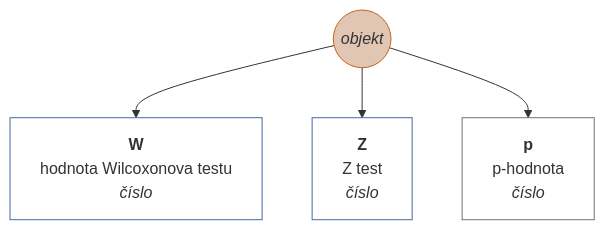
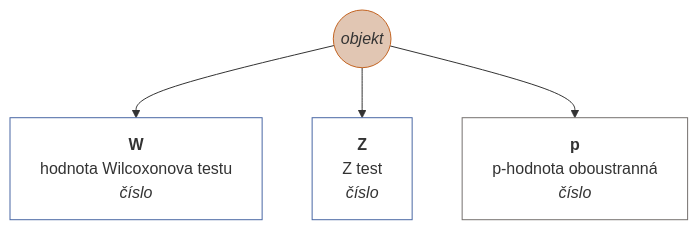
One commit to muzikp/retusa changed diagram 40 of 45 in docs/cs-CZ.md. Above: the diagram before and after it, drawn with Mermaid. The commit also changed other lines of this file and 4 other files, not shown here.

````diff
--- a/docs/cs-CZ.md
+++ b/docs/cs-CZ.md
@@ -1607,16 +1607,16 @@
 ```mermaid
 graph TD
 wcxind((<i>objekt</i>))
 style wcxind fill:#E1C6B3;
 style wcxind stroke:#C36422;
 wcxind --> W[<b>W</b><br>hodnota Wilcoxonova testu <br><i>číslo</i>]
 style W fill:#FFFFFF;
 style W stroke:#4967A4;
 wcxind --> Z[<b>Z</b><br>Z test <br><i>číslo</i>]
 style Z fill:#FFFFFF;
 style Z stroke:#4967A4;
-wcxind --> p[<b>p</b><br>p-hodnota <br><i>číslo</i>]
+wcxind --> p[<b>p</b><br>p-hodnota oboustranná <br><i>číslo</i>]
 style p fill:#FFFFFF;
 style p stroke:#75716F;
 
 ```
````
